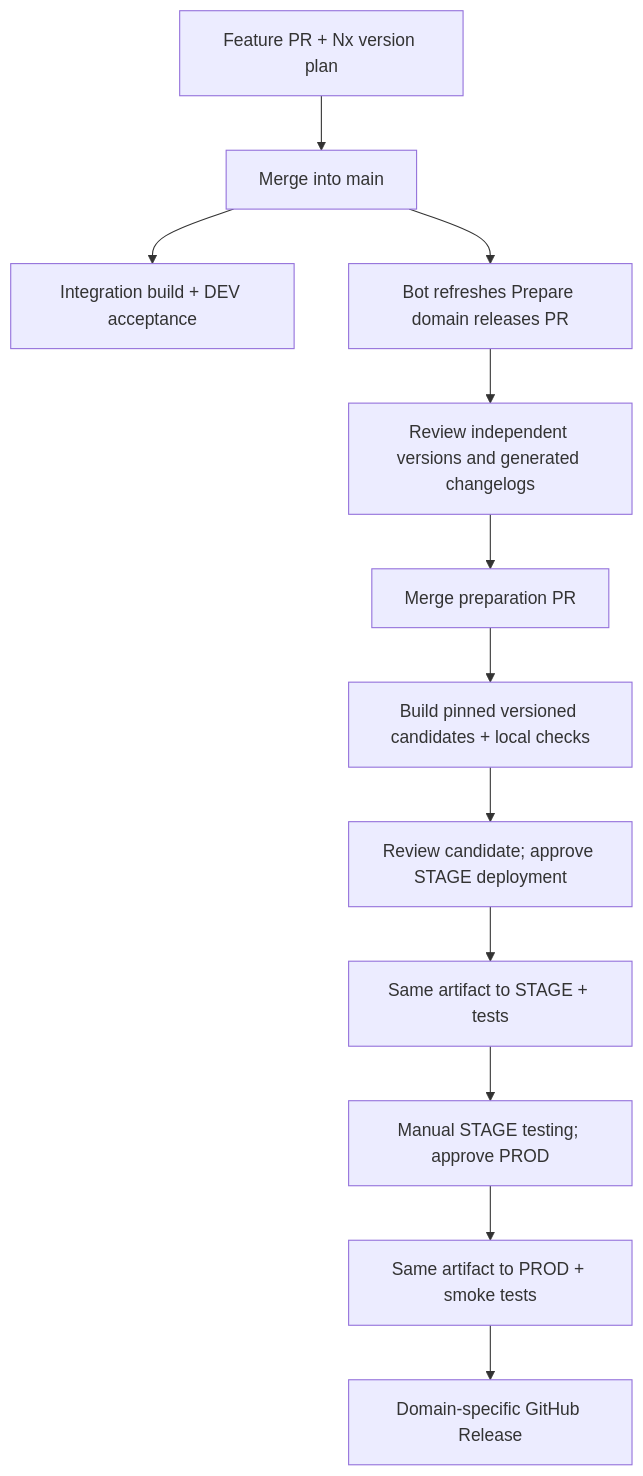
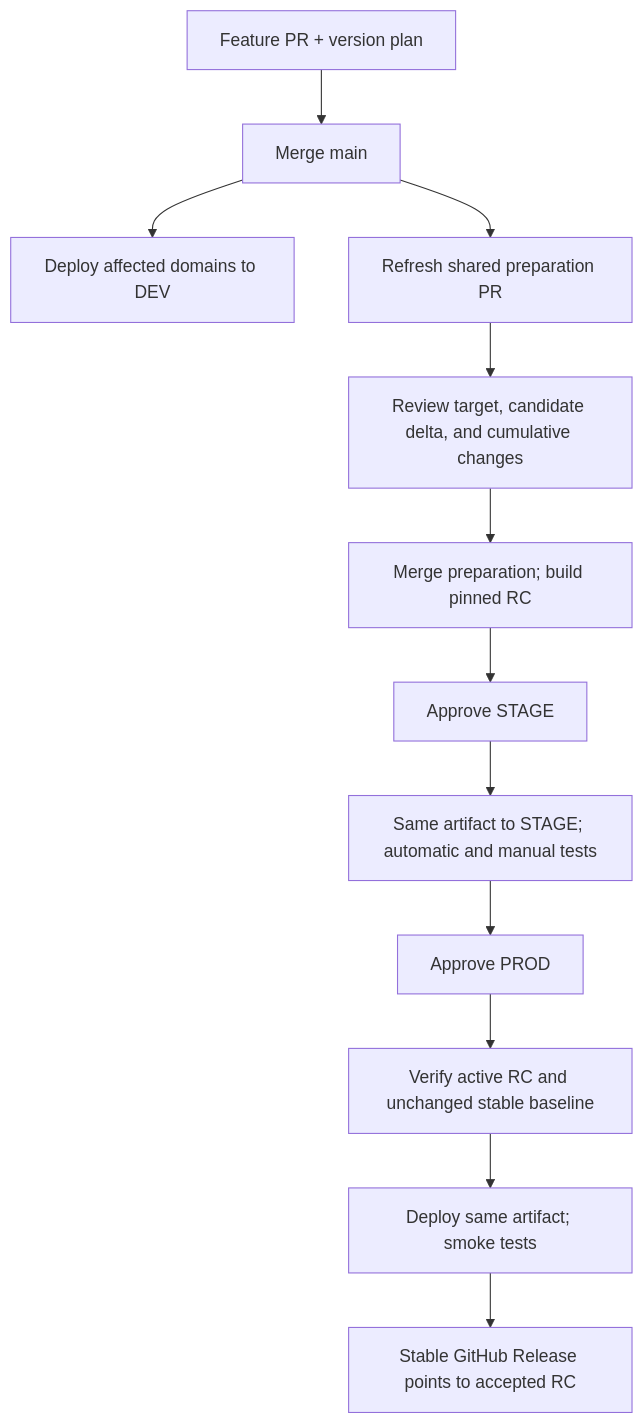
One commit to janodetzel/changesets-demo changed the diagram in README.md. Above: the diagram before and after it, drawn with Mermaid. The commit also changed other lines of this file and 14 other files, not shown here.

Commit message:
Add growing release candidates and cumulative release notes (#33)

````diff
--- a/README.md
+++ b/README.md
@@ -34,14 +24,14 @@
 ```mermaid
 flowchart TD
-  FEATURE[Feature PR + Nx version plan] --> MAIN[Merge into main]
-  MAIN --> DEV[Integration build + DEV acceptance]
-  MAIN --> PREP[Bot refreshes Prepare domain releases PR]
-  PREP --> REVIEW[Review independent versions and generated changelogs]
-  REVIEW --> MERGE[Merge preparation PR]
-  MERGE --> BUILD[Build pinned versioned candidates + local checks]
-  BUILD --> SAPP[Review candidate; approve STAGE deployment]
-  SAPP --> STAGE[Same artifact to STAGE + tests]
-  STAGE --> PAPP[Manual STAGE testing; approve PROD]
-  PAPP --> PROD[Same artifact to PROD + smoke tests]
-  PROD --> RECORD[Domain-specific GitHub Release]
+  F[Feature PR + version plan] --> M[Merge main]
+  M --> D[Deploy affected domains to DEV]
+  M --> P[Refresh shared preparation PR]
+  P --> R[Review target, candidate delta, and cumulative changes]
+  R --> C[Merge preparation; build pinned RC]
+  C --> A[Approve STAGE]
+  A --> S[Same artifact to STAGE; automatic and manual tests]
+  S --> B[Approve PROD]
+  B --> V[Verify active RC and unchanged stable baseline]
+  V --> PROD[Deploy same artifact; smoke tests]
+  PROD --> STABLE[Stable GitHub Release points to accepted RC]
 ```
````
